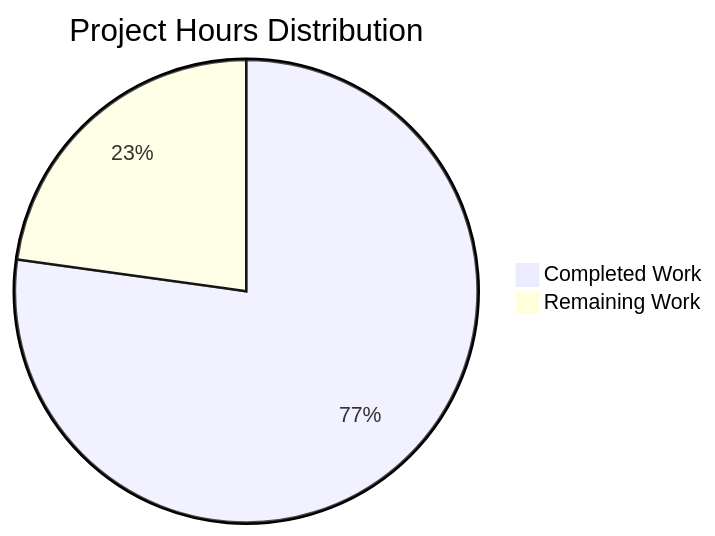
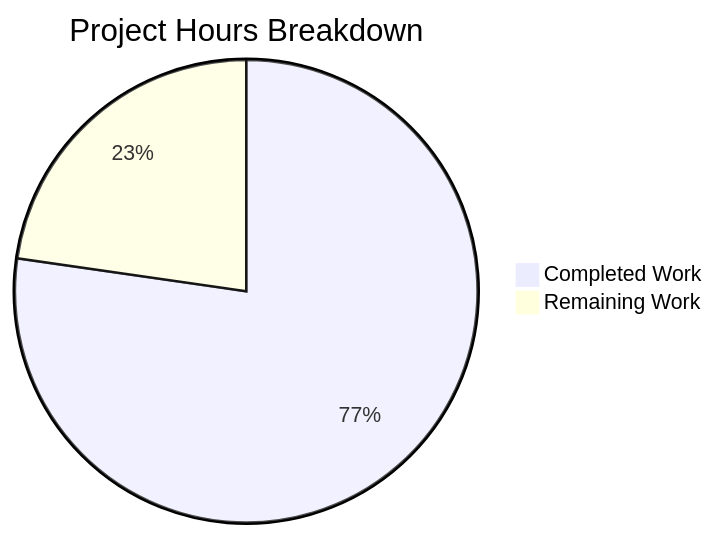
One commit to hardik-blitzy/react-weather-app changed the diagram in blitzy/documentation/Project Guide.md. Above: the diagram before and after it, drawn with Mermaid. The commit also changed other lines of this file, not shown here.

Commit message:
Adding Blitzy Project Guide: Project Status and Human Tasks Remaining

````diff
--- a/blitzy/documentation/Project Guide.md
+++ b/blitzy/documentation/Project Guide.md
@@ -27,5 +94,5 @@
 ```mermaid
-pie title Project Hours Distribution
-    "Completed Work" : 22
-    "Remaining Work" : 6.5
+pie title Project Hours Breakdown
+    "Completed Work" : 17
+    "Remaining Work" : 5
 ```
````
